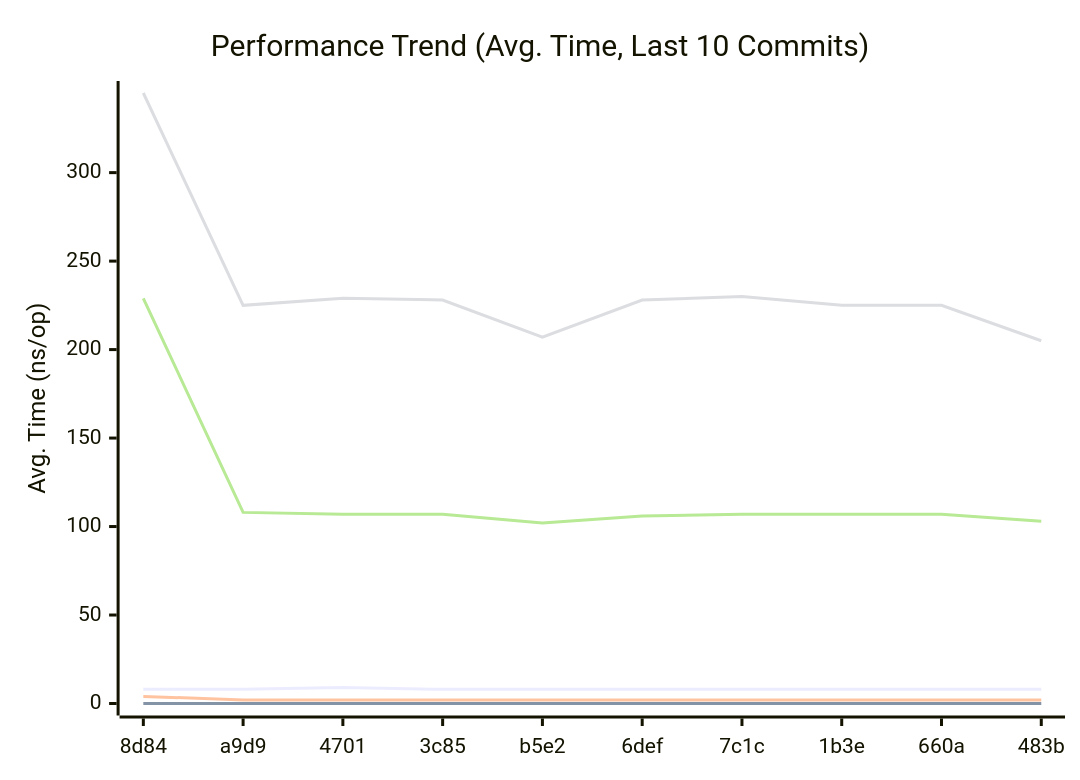
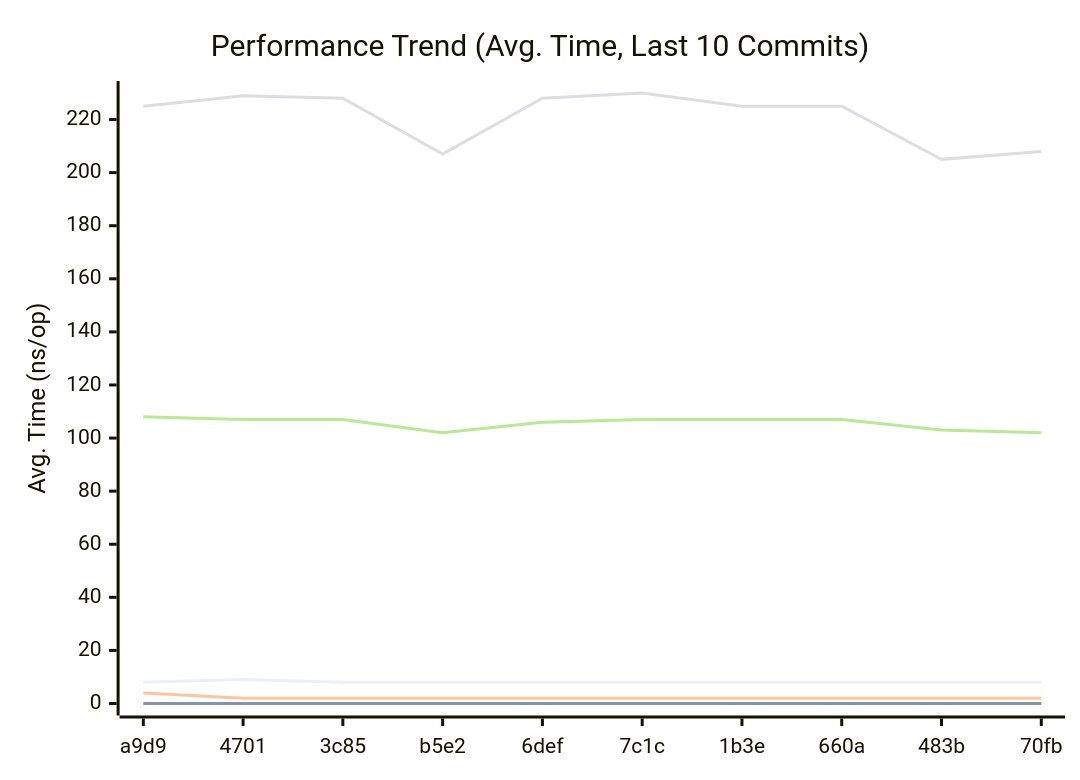
Before and after one commit to alsotoes/momo: the first of 3 diagrams in doc/README.md, drawn with Mermaid. The commit also changed other lines of this file and 1 other file, not shown here.

````diff
--- a/doc/README.md
+++ b/doc/README.md
@@ -290,12 +290,12 @@
 ```mermaid
 xychart-beta
     title "Performance Trend (Avg. Time, Last 10 Commits)"
     x-axis "Commit"
     y-axis "Avg. Time (ns/op)"
-    x-axis [8d84,a9d9,4701,3c85,b5e2,6def,7c1c,1b3e,660a,483b]
-    line "CheckMetricsAndSwap" [8,8,9,8,8,8,8,8,8,8]
+    x-axis [a9d9,4701,3c85,b5e2,6def,7c1c,1b3e,660a,483b,70fb]
+    line "CheckMetricsAndSwap" [8,9,8,8,8,8,8,8,8,8]
     line "IndexDirectTracking" [0,0,0,0,0,0,0,0,0,0]
     line "IndexSearch" [4,2,2,2,2,2,2,2,2,2]
-    line "ParseReplicationOrder_NoPrealloc" [345,225,229,228,207,228,230,225,225,205]
-    line "ParseReplicationOrder_Prealloc" [229,108,107,107,102,106,107,107,107,103]
+    line "ParseReplicationOrder_NoPrealloc" [225,229,228,207,228,230,225,225,205,208]
+    line "ParseReplicationOrder_Prealloc" [108,107,107,102,106,107,107,107,103,102]
 ```
````
